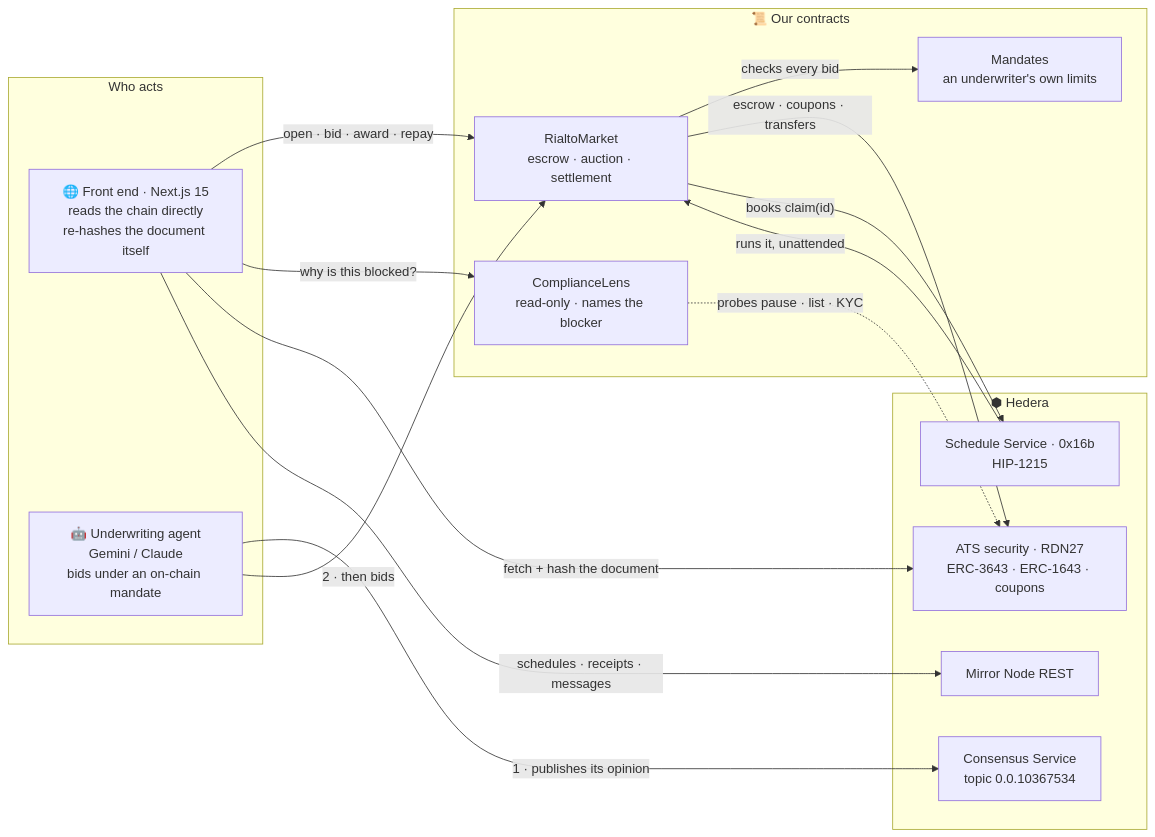
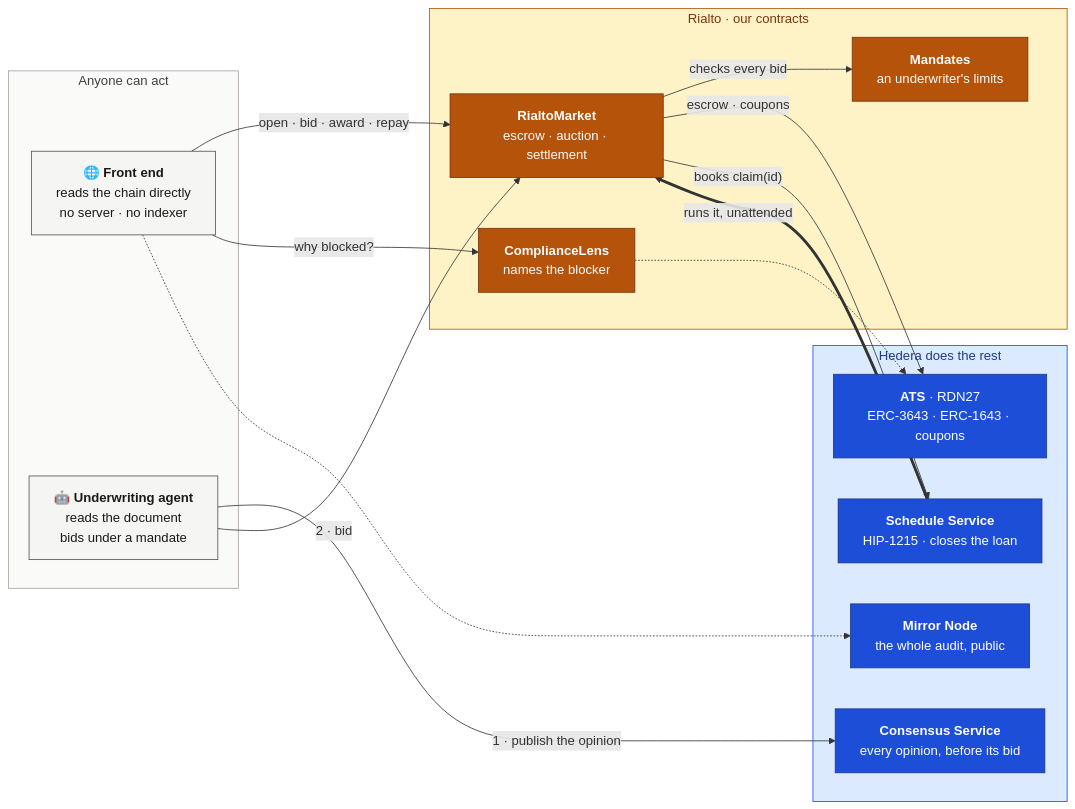
One commit to Madhav-Gupta-28/Rialto changed the second of 2 diagrams in README.md. Above: the diagram before and after it, drawn with Mermaid. The commit also changed other lines of this file, not shown here.

````diff
--- a/README.md
+++ b/README.md
@@ -180,32 +154,38 @@
 ```mermaid
 flowchart LR
-    subgraph actors["Who acts"]
-        UI["🌐 Front end · Next.js 15<br/>reads the chain directly<br/>re-hashes the document itself"]
-        AG["🤖 Underwriting agent<br/>Gemini / Claude<br/>bids under an on-chain mandate"]
+    subgraph anyone["Anyone can act"]
+        UI["🌐 <b>Front end</b><br/>reads the chain directly<br/>no server · no indexer"]:::actor
+        AG["🤖 <b>Underwriting agent</b><br/>reads the document<br/>bids under a mandate"]:::actor
     end
 
-    subgraph ours["📜 Our contracts"]
-        MK["RialtoMarket<br/>escrow · auction · settlement"]
-        MD["Mandates<br/>an underwriter's own limits"]
-        CL["ComplianceLens<br/>read-only · names the blocker"]
+    subgraph rialto["Rialto · our contracts"]
+        MK["<b>RialtoMarket</b><br/>escrow · auction · settlement"]:::rialto
+        MD["<b>Mandates</b><br/>an underwriter's limits"]:::rialto
+        CL["<b>ComplianceLens</b><br/>names the blocker"]:::rialto
     end
 
-    subgraph hedera["⬢ Hedera"]
-        ATS["ATS security · RDN27<br/>ERC-3643 · ERC-1643 · coupons"]
-        HSS["Schedule Service · 0x16b<br/>HIP-1215"]
-        HCS["Consensus Service<br/>topic 0.0.10367534"]
-        MN["Mirror Node REST"]
+    subgraph hedera["Hedera does the rest"]
+        ATS["<b>ATS</b> · RDN27<br/>ERC-3643 · ERC-1643 · coupons"]:::hedera
+        HCS["<b>Consensus Service</b><br/>every opinion, before its bid"]:::hedera
+        HSS["<b>Schedule Service</b><br/>HIP-1215 · closes the loan"]:::hedera
+        MN["<b>Mirror Node</b><br/>the whole audit, public"]:::hedera
     end
 
     UI -->|"open · bid · award · repay"| MK
-    UI -->|"why is this blocked?"| CL
-    UI -->|"fetch + hash the document"| ATS
-    UI -->|"schedules · receipts · messages"| MN
-    AG -->|"1 · publishes its opinion"| HCS
-    AG -->|"2 · then bids"| MK
+    UI -->|"why blocked?"| CL
+    AG -->|"1 · publish the opinion"| HCS
+    AG -->|"2 · bid"| MK
     MK -->|"checks every bid"| MD
-    MK -->|"escrow · coupons · transfers"| ATS
+    MK -->|"escrow · coupons"| ATS
     MK -->|"books claim(id)"| HSS
-    HSS -->|"runs it, unattended"| MK
-    CL -.->|"probes pause · list · KYC"| ATS
+    HSS ==>|"runs it, unattended"| MK
+    CL -.-> ATS
+    UI -.-> MN
+
+    classDef rialto fill:#B45309,stroke:#78350F,color:#FFFFFF
+    classDef hedera fill:#1D4ED8,stroke:#1E3A8A,color:#FFFFFF
+    classDef actor fill:#F5F5F4,stroke:#57534E,color:#1C1917
+    style anyone fill:#FAFAF9,stroke:#A8A29E,color:#44403C
+    style rialto fill:#FEF3C7,stroke:#B45309,color:#78350F
+    style hedera fill:#DBEAFE,stroke:#1D4ED8,color:#1E3A8A
 ```
````
